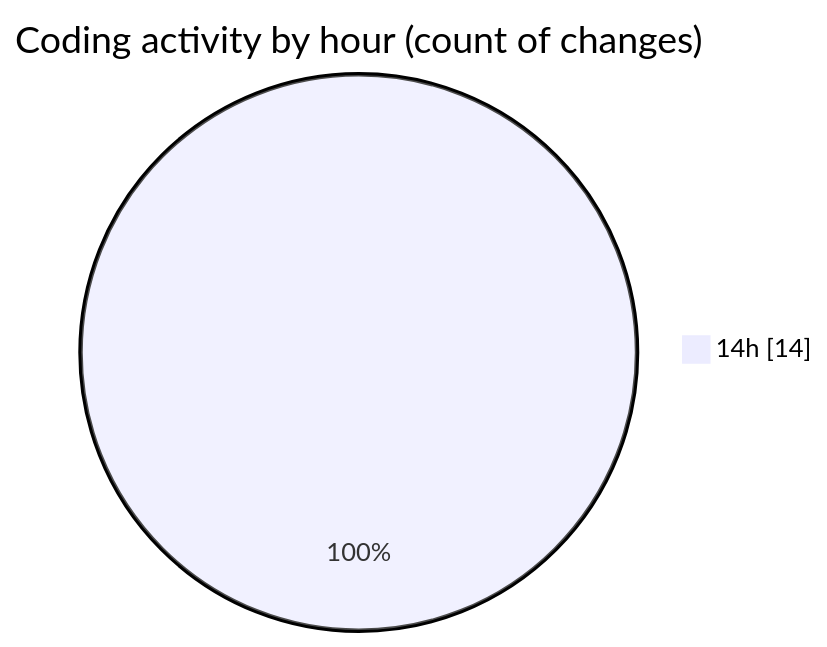
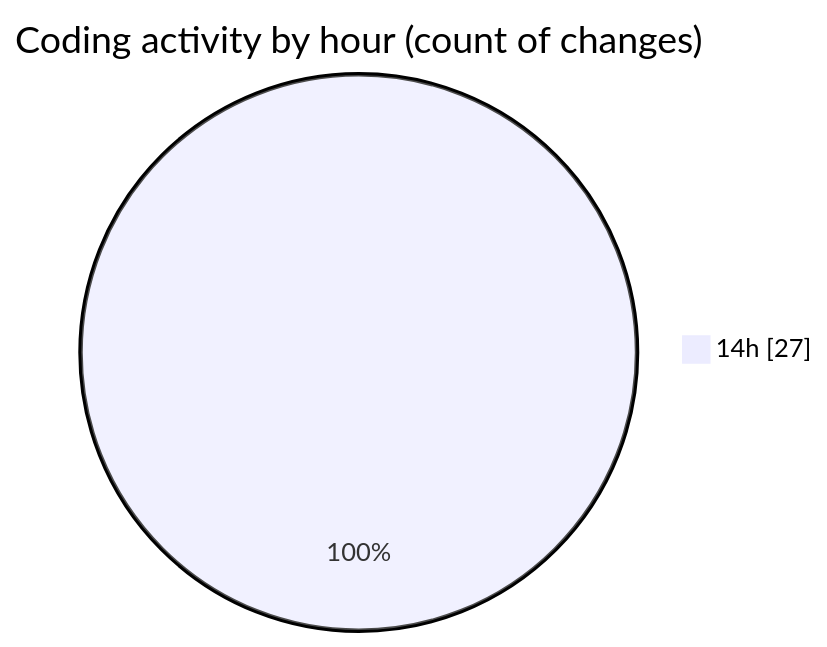
One commit to donsfak/code-tracking changed the second of 2 diagrams in 2025-10-31/weather_insights_app/README.md. Above: the diagram before and after it, drawn with Mermaid. The commit also changed other lines of this file and 1 other file, not shown here.

````diff
--- a/2025-10-31/weather_insights_app/README.md
+++ b/2025-10-31/weather_insights_app/README.md
@@ -45,5 +45,5 @@
 ```mermaid
 pie showData
 title Coding activity by hour (count of changes)
-"14h" : 14
+"14h" : 27
 ```
````
